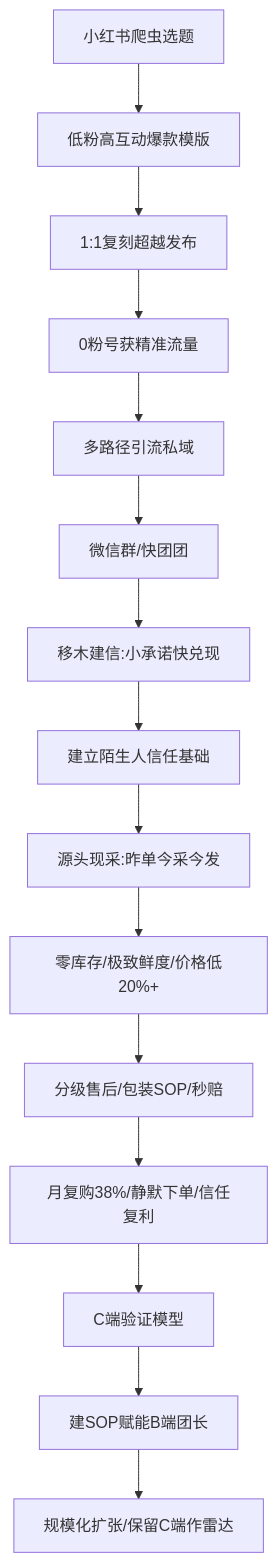
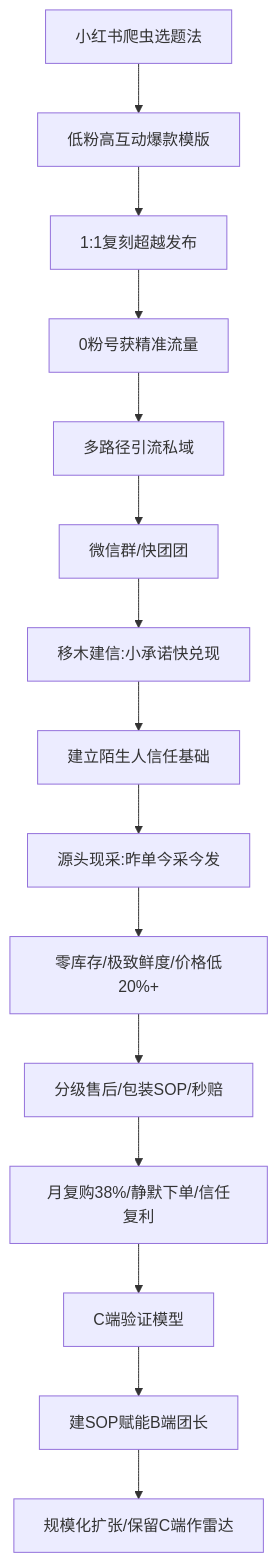
One commit to OpenDocCN1/flygon-zhuanqian-zhoubao changed the third of 6 diagrams in docs/202303_paper2textbook/chapter_053.md. Above: the diagram before and after it, drawn with Mermaid. The commit also changed other lines of this file and 1 other file, not shown here.

````diff
--- a/docs/202303_paper2textbook/chapter_053.md
+++ b/docs/202303_paper2textbook/chapter_053.md
@@ -422,17 +423,17 @@
 ```mermaid
 flowchart TD
-    A[小红书爬虫选题] --> B[低粉高互动爆款模版]
+    A[小红书爬虫选题法] --> B[低粉高互动爆款模版]
     B --> C[1:1复刻超越发布]
     C --> D[0粉号获精准流量]
     D --> E[多路径引流私域]
     E --> F[微信群/快团团]
     F --> G[移木建信:小承诺快兑现]
     G --> H[建立陌生人信任基础]
     H --> I[源头现采:昨单今采今发]
     I --> J[零库存/极致鲜度/价格低20%+]
     J --> K[分级售后/包装SOP/秒赔]
     K --> L[月复购38%/静默下单/信任复利]
     L --> M[C端验证模型]
     M --> N[建SOP赋能B端团长]
     N --> O[规模化扩张/保留C端作雷达]
 ```
````
